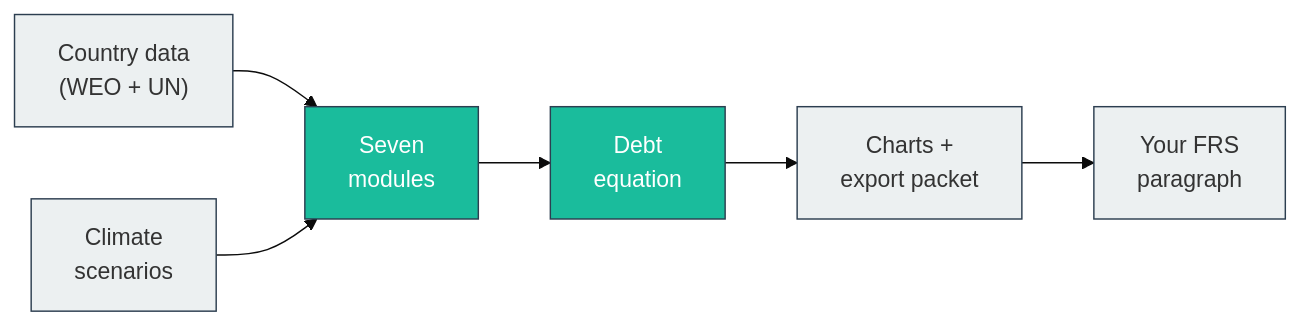
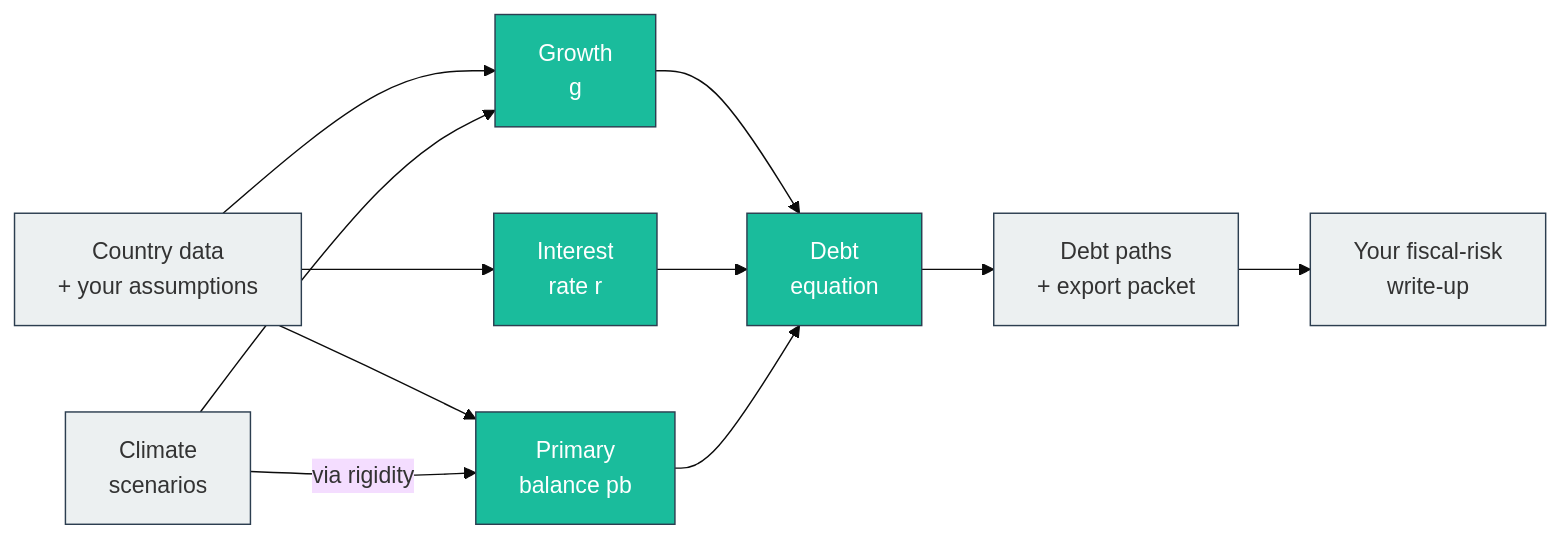
Before and after one commit to Teal-Insights/QCraft-App: the first of 10 diagrams in docs/companion-guide/m1-how-qcraft-thinks.qmd, drawn with Mermaid (base theme). The commit also changed other lines of this file and 6 other files, not shown here.

First line of the commit message:
docs(guide): rebuild the intuition map on the three numbers the equation needs

````diff
--- a/docs/companion-guide/m1-how-qcraft-thinks.qmd
+++ b/docs/companion-guide/m1-how-qcraft-thinks.qmd
@@ -23,17 +23,24 @@
 ```{mermaid}
-%%| fig-cap: "This module covers the middle of the chain: the seven modules and the equation they feed."
+%%| fig-cap: "This module covers the middle of the chain: the three numbers, and the equation they feed."
 %%| fig-width: 6
 flowchart LR
-    D["Country data<br>(WEO + UN)"] --> M["Seven<br>modules"]
-    S["Climate<br>scenarios"] --> M
-    M --> E["Debt<br>equation"]
-    E --> O["Charts +<br>export packet"]
-    O --> F["Your FRS<br>paragraph"]
+    D["Country data<br>+ your assumptions"] --> G["Growth<br>g"]
+    D --> R["Interest<br>rate r"]
+    D --> P["Primary<br>balance pb"]
+    C["Climate<br>scenarios"] --> G
+    C -->|"via rigidity"| P
+    G --> E["Debt<br>equation"]
+    R --> E
+    P --> E
+    E --> O["Debt paths<br>+ export packet"]
+    O --> F["Your fiscal-risk<br>write-up"]
 
     style D fill:#ECF0F1,stroke:#2C3E50
-    style S fill:#ECF0F1,stroke:#2C3E50
-    style M fill:#1ABC9C,stroke:#2C3E50,color:#fff
+    style C fill:#ECF0F1,stroke:#2C3E50
+    style G fill:#1ABC9C,stroke:#2C3E50,color:#fff
+    style R fill:#1ABC9C,stroke:#2C3E50,color:#fff
+    style P fill:#1ABC9C,stroke:#2C3E50,color:#fff
     style E fill:#1ABC9C,stroke:#2C3E50,color:#fff
     style O fill:#ECF0F1,stroke:#2C3E50
     style F fill:#ECF0F1,stroke:#2C3E50
 ```
````
